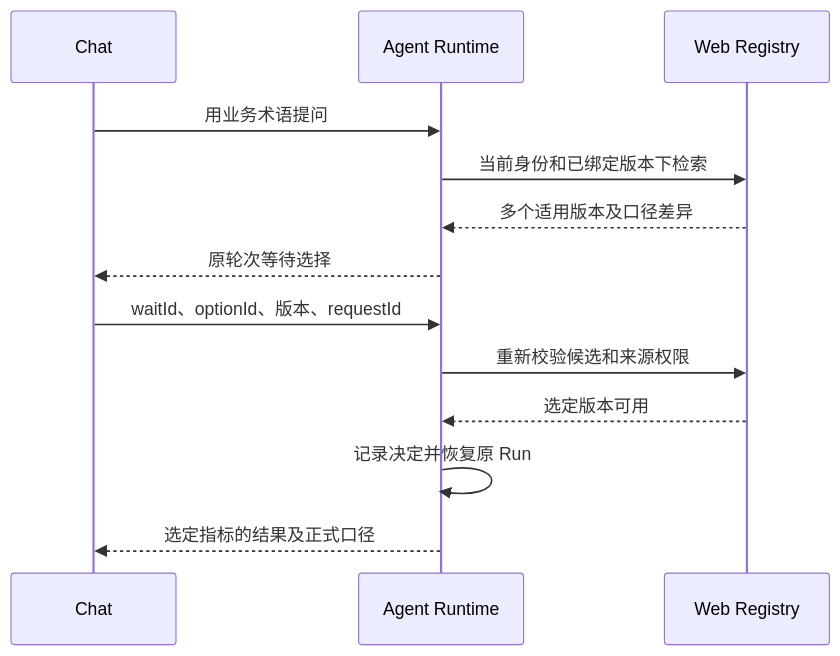
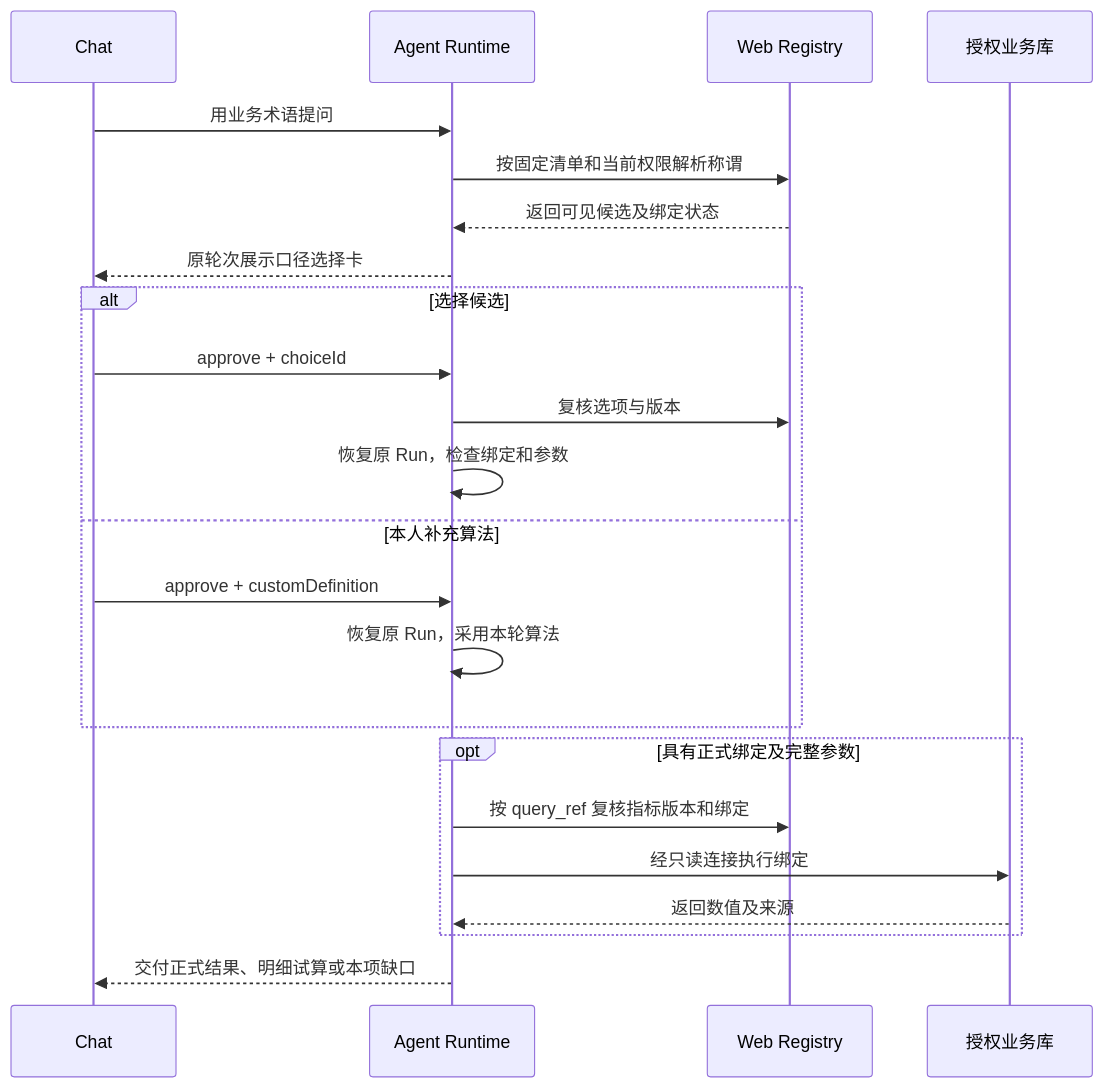
The diagram in mai-specs/974-lesson-22-enterprise-semantic-governance/design/TECH_DESIGN.md (RuiLu007/compass), drawn with Mermaid before and after one commit. The commit also changed other lines of this file and 387 other files, not shown here.

````diff
--- a/mai-specs/974-lesson-22-enterprise-semantic-governance/design/TECH_DESIGN.md
+++ b/mai-specs/974-lesson-22-enterprise-semantic-governance/design/TECH_DESIGN.md
@@ -216,15 +185,25 @@
 ```mermaid
 sequenceDiagram
   participant U as Chat
   participant R as Agent Runtime
   participant W as Web Registry
+  participant D as 授权业务库
   U->>R: 用业务术语提问
-  R->>W: 当前身份和已绑定版本下检索
-  W-->>R: 多个适用版本及口径差异
-  R-->>U: 原轮次等待选择
-  U->>R: waitId、optionId、版本、requestId
-  R->>W: 重新校验候选和来源权限
-  W-->>R: 选定版本可用
-  R->>R: 记录决定并恢复原 Run
-  R-->>U: 选定指标的结果及正式口径
+  R->>W: 按固定清单和当前权限解析称谓
+  W-->>R: 返回可见候选及绑定状态
+  R-->>U: 原轮次展示口径选择卡
+  alt 选择候选
+    U->>R: approve + choiceId
+    R->>W: 复核选项与版本
+    R->>R: 恢复原 Run，检查绑定和参数
+  else 本人补充算法
+    U->>R: approve + customDefinition
+    R->>R: 恢复原 Run，采用本轮算法
+  end
+  opt 具有正式绑定及完整参数
+    R->>W: 按 query_ref 复核指标版本和绑定
+    R->>D: 经只读连接执行绑定
+    D-->>R: 返回数值及来源
+  end
+  R-->>U: 交付正式结果、明细试算或本项缺口
 ```
````
